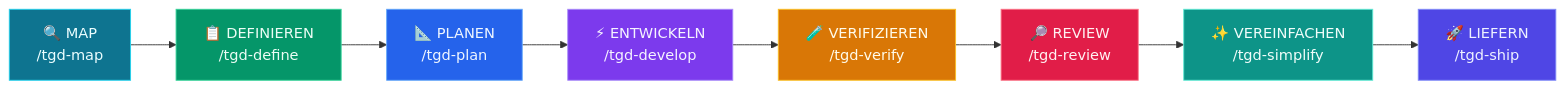
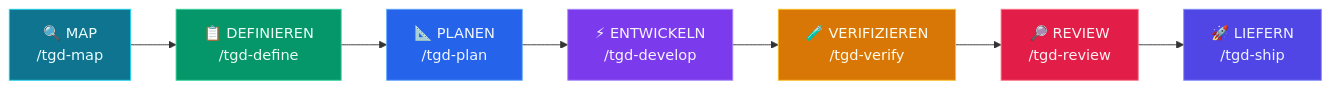
Before and after one commit to openclawyhwang-hub/tGD: the diagram in README.de.md, drawn with Mermaid. The commit also changed other lines of this file and 22 other files, not shown here.

````diff
--- a/README.de.md
+++ b/README.de.md
@@ -182,28 +182,26 @@
 ```mermaid
 flowchart LR
     A["🔍 MAP\n/tgd-map"] --> B["📋 DEFINIEREN\n/tgd-define"]
     B --> C["📐 PLANEN\n/tgd-plan"]
     C --> D["⚡ ENTWICKELN\n/tgd-develop"]
     D --> E["🧪 VERIFIZIEREN\n/tgd-verify"]
     E --> F["🔎 REVIEW\n/tgd-review"]
-    F --> G["✨ VEREINFACHEN\n/tgd-simplify"]
-    G --> H["🚀 LIEFERN\n/tgd-ship"]
+    F --> G["🚀 LIEFERN\n/tgd-ship"]
 
     classDef cyan fill:#0e7490,color:#ecfeff,stroke:#22d3ee
     classDef green fill:#059669,color:#ecfdf5,stroke:#34d399
     classDef blue fill:#2563eb,color:#eff6ff,stroke:#60a5fa
     classDef purple fill:#7c3aed,color:#f5f3ff,stroke:#a78bfa
     classDef amber fill:#d97706,color:#fffbeb,stroke:#fbbf24
     classDef rose fill:#e11d48,color:#fff1f2,stroke:#fb7185
     classDef teal fill:#0d9488,color:#f0fdfa,stroke:#5eead4
     classDef indigo fill:#4f46e5,color:#eef2ff,stroke:#818cf8
 
     class A cyan
     class B green
     class C blue
     class D purple
     class E amber
     class F rose
-    class G teal
-    class H indigo
+    class G indigo
 ```
````
